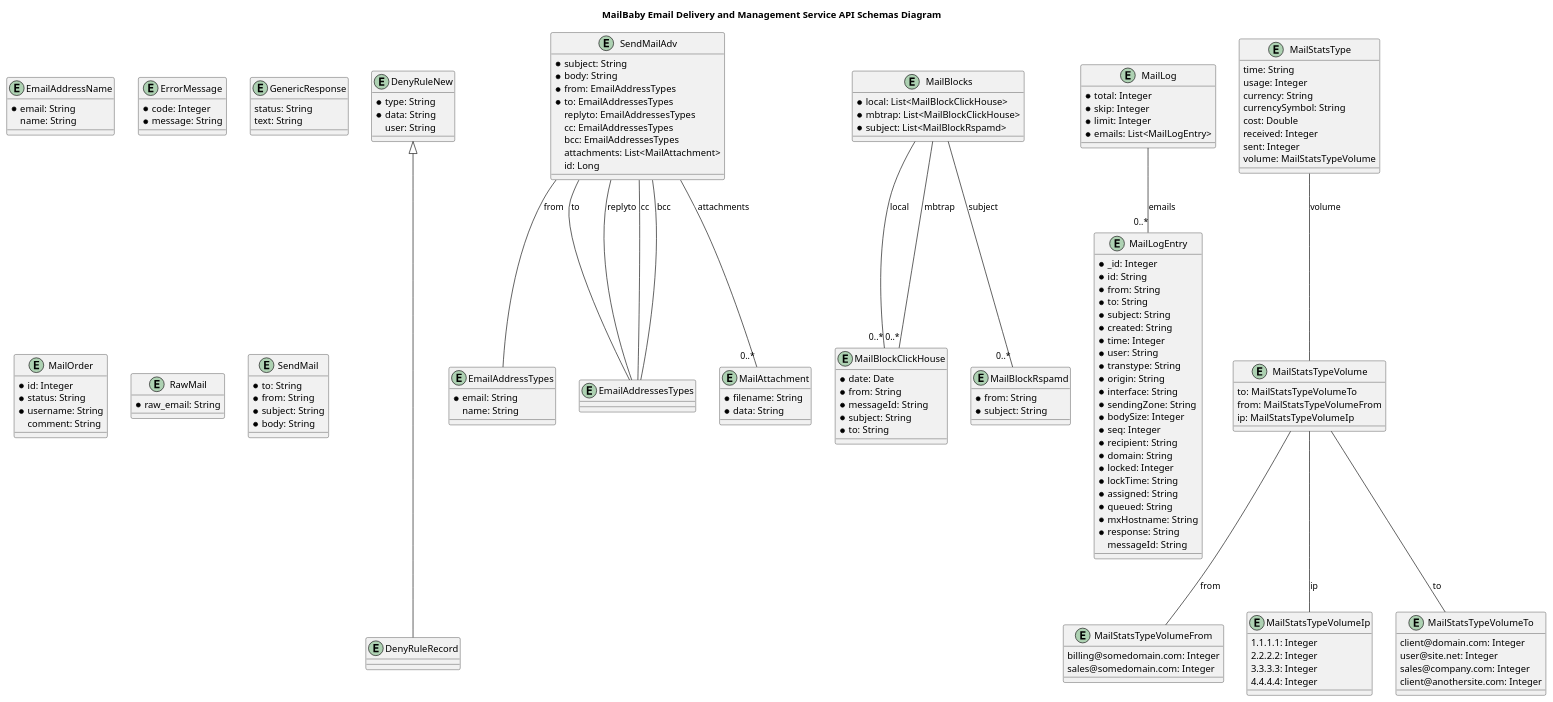
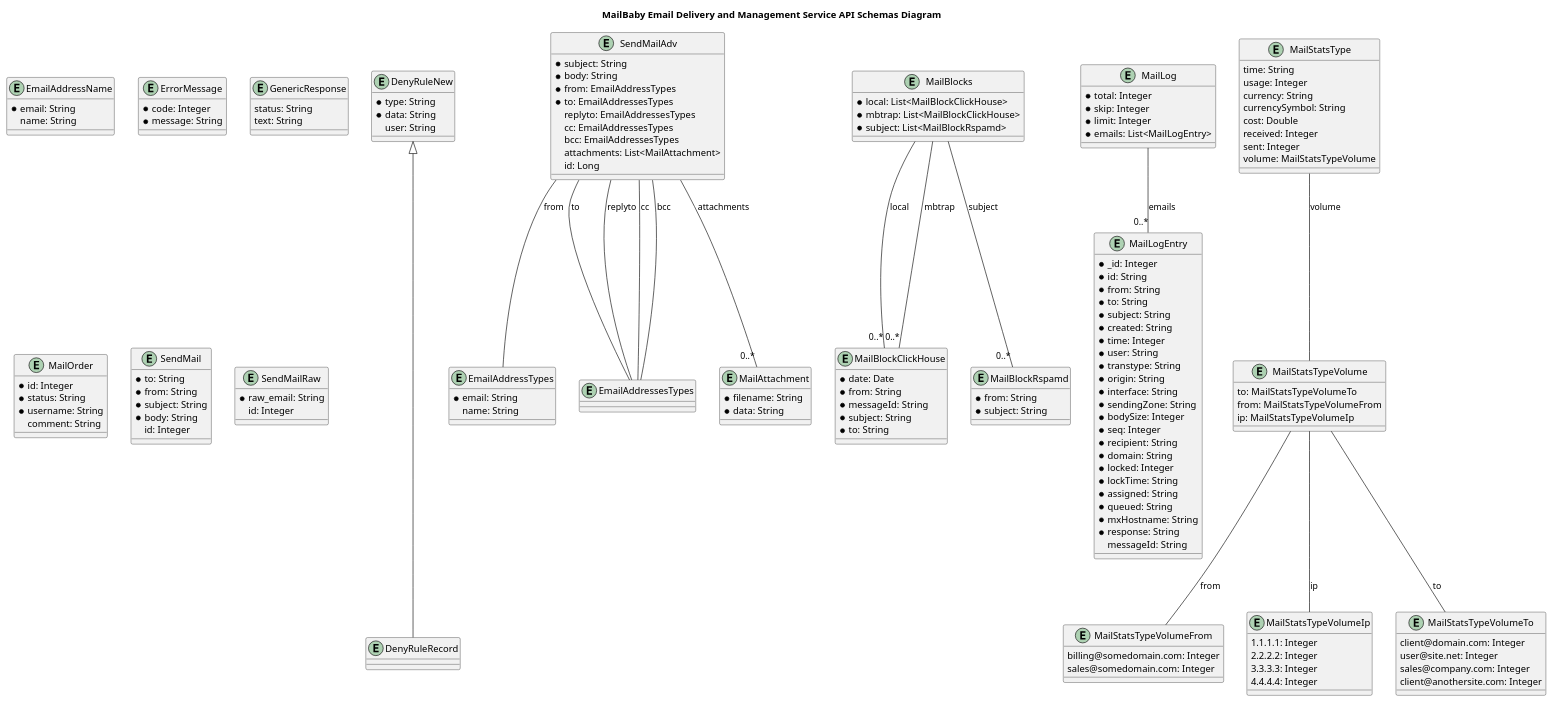
The diagram in openapi-documentation/plantuml/schemas.plantuml (interserver/mailbaby-api-samples), drawn with PlantUML before and after one commit. The commit also changed 1831 other files, not shown here.

```diff
--- a/openapi-documentation/plantuml/schemas.plantuml
+++ b/openapi-documentation/plantuml/schemas.plantuml
@@ -1,177 +1,179 @@
 @startuml
 
 title MailBaby Email Delivery and Management Service API Schemas Diagram
 
 entity DenyRuleNew {
     * type: String
     * data: String
     user: String
 }
 
 entity DenyRuleRecord {
 }
 
 entity EmailAddressName {
     * email: String
     name: String
 }
 
 entity EmailAddressTypes {
     * email: String
     name: String
 }
 
 entity EmailAddressesTypes {
 }
 
 entity ErrorMessage {
     * code: Integer
     * message: String
 }
 
 entity GenericResponse {
     status: String
     text: String
 }
 
 entity MailAttachment {
     * filename: String
     * data: String
 }
 
 entity MailBlockClickHouse {
     * date: Date
     * from: String
     * messageId: String
     * subject: String
     * to: String
 }
 
 entity MailBlockRspamd {
     * from: String
     * subject: String
 }
 
 entity MailBlocks {
     * local: List<MailBlockClickHouse>
     * mbtrap: List<MailBlockClickHouse>
     * subject: List<MailBlockRspamd>
 }
 
 entity MailLog {
     * total: Integer
     * skip: Integer
     * limit: Integer
     * emails: List<MailLogEntry>
 }
 
 entity MailLogEntry {
     * _id: Integer
     * id: String
     * from: String
     * to: String
     * subject: String
     * created: String
     * time: Integer
     * user: String
     * transtype: String
     * origin: String
     * interface: String
     * sendingZone: String
     * bodySize: Integer
     * seq: Integer
     * recipient: String
     * domain: String
     * locked: Integer
     * lockTime: String
     * assigned: String
     * queued: String
     * mxHostname: String
     * response: String
     messageId: String
 }
 
 entity MailOrder {
     * id: Integer
     * status: String
     * username: String
     comment: String
 }
 
 entity MailStatsType {
     time: String
     usage: Integer
     currency: String
     currencySymbol: String
     cost: Double
     received: Integer
     sent: Integer
     volume: MailStatsTypeVolume
 }
 
 entity MailStatsTypeVolume {
     to: MailStatsTypeVolumeTo
     from: MailStatsTypeVolumeFrom
     ip: MailStatsTypeVolumeIp
 }
 
 entity MailStatsTypeVolumeFrom {
     billing@somedomain.com: Integer
     sales@somedomain.com: Integer
 }
 
 entity MailStatsTypeVolumeIp {
     1.1.1.1: Integer
     2.2.2.2: Integer
     3.3.3.3: Integer
     4.4.4.4: Integer
 }
 
 entity MailStatsTypeVolumeTo {
     client@domain.com: Integer
     user@site.net: Integer
     sales@company.com: Integer
     client@anothersite.com: Integer
 }
 
-entity RawMail {
-    * raw_email: String
-}
-
 entity SendMail {
     * to: String
     * from: String
     * subject: String
     * body: String
+    id: Integer
 }
 
 entity SendMailAdv {
     * subject: String
     * body: String
     * from: EmailAddressTypes
     * to: EmailAddressesTypes
     replyto: EmailAddressesTypes
     cc: EmailAddressesTypes
     bcc: EmailAddressesTypes
     attachments: List<MailAttachment>
     id: Long
+}
+
+entity SendMailRaw {
+    * raw_email: String
+    id: Integer
 }
 
 DenyRuleNew <|--- DenyRuleRecord
 
 MailStatsTypeVolume -- MailStatsTypeVolumeTo : to
 MailStatsTypeVolume -- MailStatsTypeVolumeFrom : from
 MailStatsTypeVolume -- MailStatsTypeVolumeIp : ip
 MailStatsType -- MailStatsTypeVolume : volume
 SendMailAdv -- EmailAddressTypes : from
 SendMailAdv -- EmailAddressesTypes : to
 SendMailAdv -- EmailAddressesTypes : replyto
 SendMailAdv -- EmailAddressesTypes : cc
 SendMailAdv -- EmailAddressesTypes : bcc
 SendMailAdv -- "0..*" MailAttachment : attachments
 MailLog -- "0..*" MailLogEntry : emails
 MailBlocks -- "0..*" MailBlockClickHouse : local
 MailBlocks -- "0..*" MailBlockClickHouse : mbtrap
 MailBlocks -- "0..*" MailBlockRspamd : subject
 
 @enduml
```
